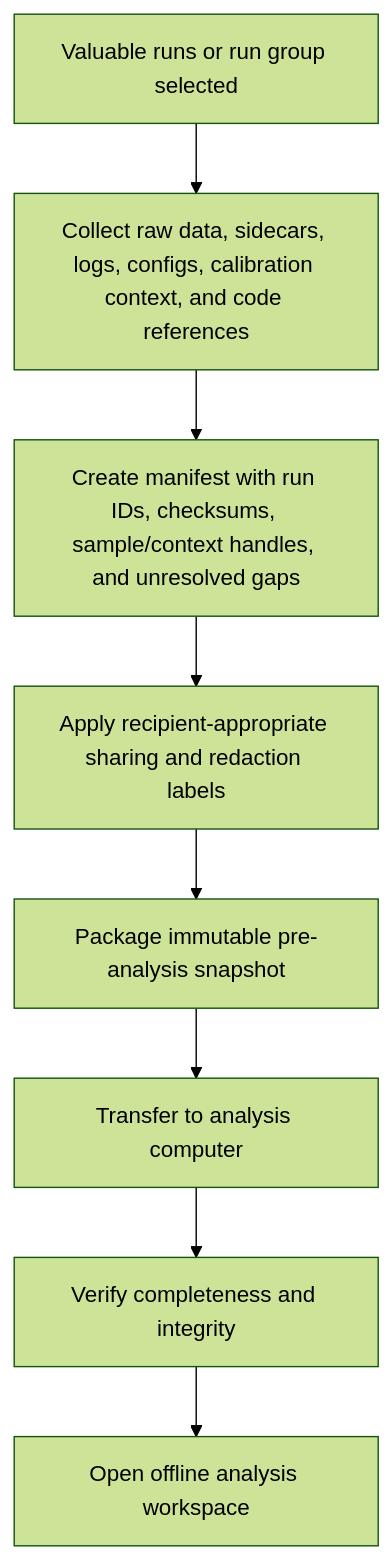
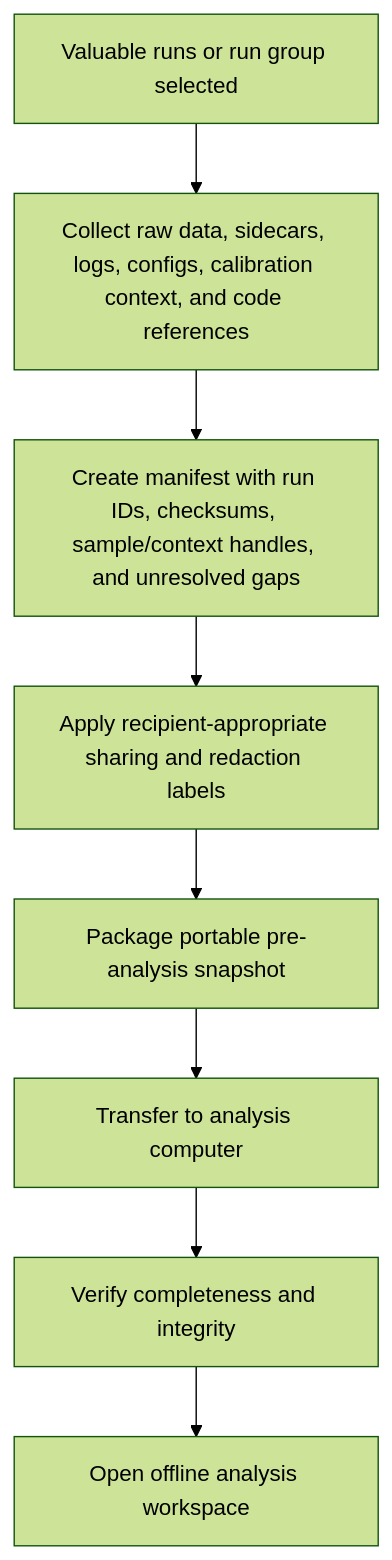
The fifth of 6 diagrams in docs/evidence/research/extracted/experimental-lab-workflow-reference.md (kahojyun/scopecat), drawn with Mermaid (forest theme) before and after one commit. The commit also changed 12 other files, not shown here.

````diff
--- a/docs/evidence/research/extracted/experimental-lab-workflow-reference.md
+++ b/docs/evidence/research/extracted/experimental-lab-workflow-reference.md
@@ -273,10 +273,10 @@
 ```mermaid
 flowchart TD
   A["Valuable runs or run group selected"] --> B["Collect raw data, sidecars, logs, configs, calibration context, and code references"]
   B --> C["Create manifest with run IDs, checksums, sample/context handles, and unresolved gaps"]
   C --> D["Apply recipient-appropriate sharing and redaction labels"]
-  D --> E["Package immutable pre-analysis snapshot"]
+  D --> E["Package portable pre-analysis snapshot"]
   E --> F["Transfer to analysis computer"]
   F --> G["Verify completeness and integrity"]
   G --> H["Open offline analysis workspace"]
 ```
````
